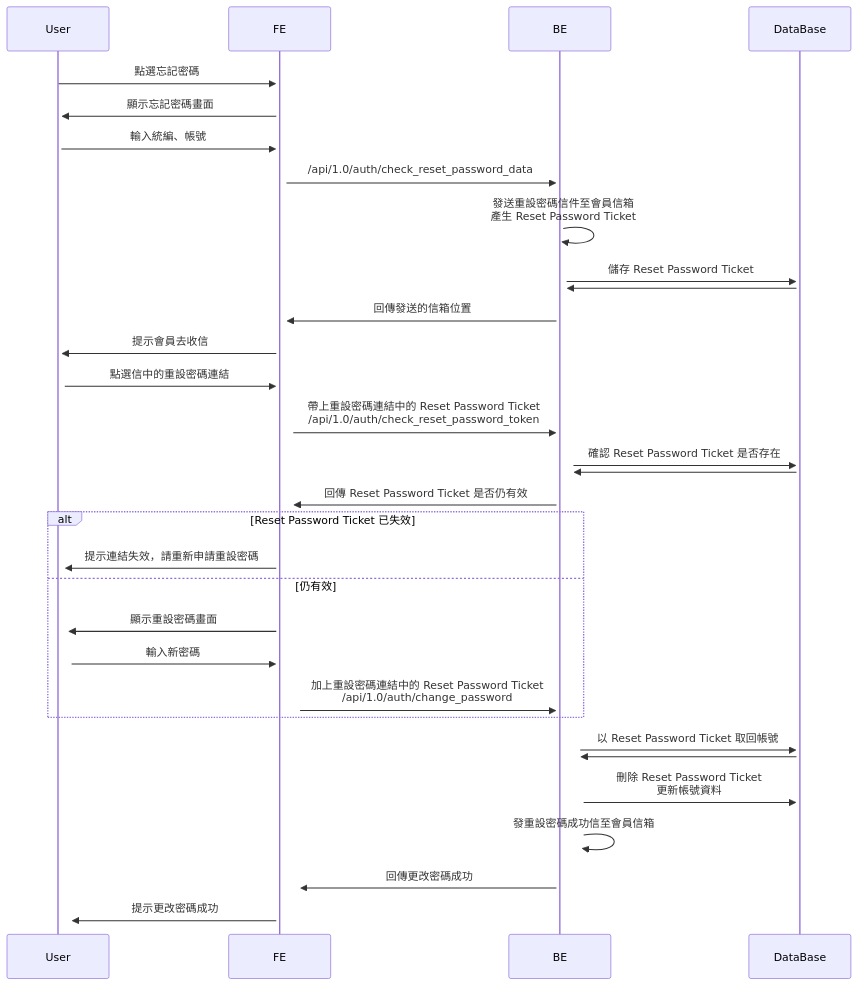
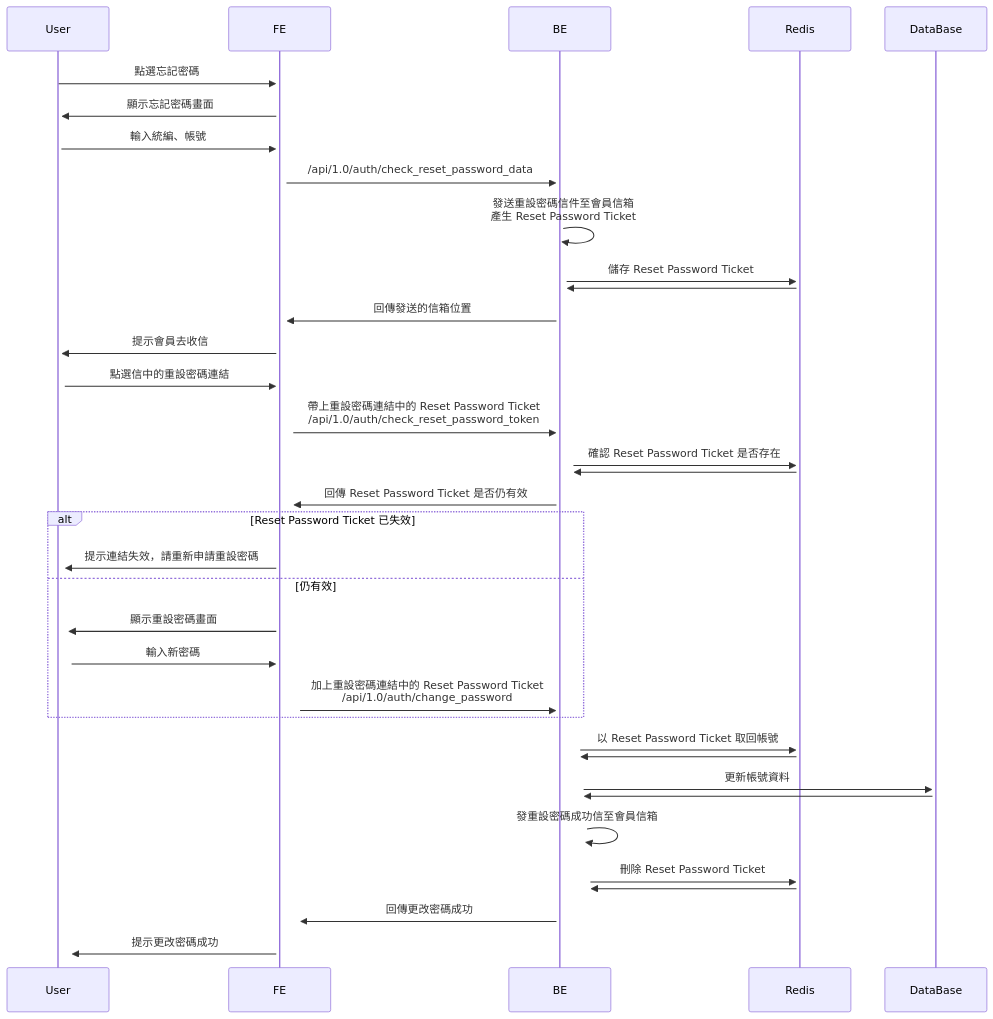
Before and after one commit to thunderstormwang/CodingNote: the diagram in System_Design/forget_password.md, drawn with Mermaid. The commit also changed 1 other file, not shown here.

Commit message:
modify notes

````diff
--- a/System_Design/forget_password.md
+++ b/System_Design/forget_password.md
@@ -7,38 +7,42 @@
 ```mermaid
 sequenceDiagram
 participant User
 participant FE
 participant BE
+participant Redis
 participant DataBase
 
 User ->>+ FE: 點選忘記密碼
 FE ->>+ User: 顯示忘記密碼畫面
 User ->>+ FE: 輸入統編、帳號
 FE ->>+ BE: /api/1.0/auth/check_reset_password_data
 BE ->>+ BE: 發送重設密碼信件至會員信箱<br/>產生 Reset Password Ticket
-BE ->>+ DataBase: 儲存 Reset Password Ticket
-DataBase ->>+ BE: 
+BE ->>+ Redis: 儲存 Reset Password Ticket
+Redis ->>+ BE: 
 BE ->>+ FE: 回傳發送的信箱位置
 FE ->>+ User: 提示會員去收信
 
 User ->>+ FE: 點選信中的重設密碼連結
 FE ->>+ BE: 帶上重設密碼連結中的 Reset Password Ticket<br/>/api/1.0/auth/check_reset_password_token
-BE ->>+ DataBase: 確認 Reset Password Ticket 是否存在
-DataBase ->>+ BE: 
+BE ->>+ Redis: 確認 Reset Password Ticket 是否存在
+Redis ->>+ BE: 
 BE ->>+ FE: 回傳 Reset Password Ticket 是否仍有效
 
 alt Reset Password Ticket 已失效
   FE ->>+ User: 提示連結失效，請重新申請重設密碼
 else 仍有效
   FE ->>+ User: 顯示重設密碼畫面
   User ->>+ FE: 輸入新密碼
   FE ->>+ BE: 加上重設密碼連結中的 Reset Password Ticket<br/>/api/1.0/auth/change_password
 end
 
-BE ->>+ DataBase: 以 Reset Password Ticket 取回帳號
+BE ->>+ Redis: 以 Reset Password Ticket 取回帳號
+Redis ->>+ BE: 
+BE ->>+ DataBase: 更新帳號資料
 DataBase ->>+ BE: 
-BE ->>+ DataBase: 刪除 Reset Password Ticket<br/>更新帳號資料
 BE ->>+ BE: 發重設密碼成功信至會員信箱
+BE ->>+ Redis: 刪除 Reset Password Ticket
+Redis ->>+ BE: 
 BE ->>+ FE: 回傳更改密碼成功
 FE ->>+ User: 提示更改密碼成功
 ```
````
